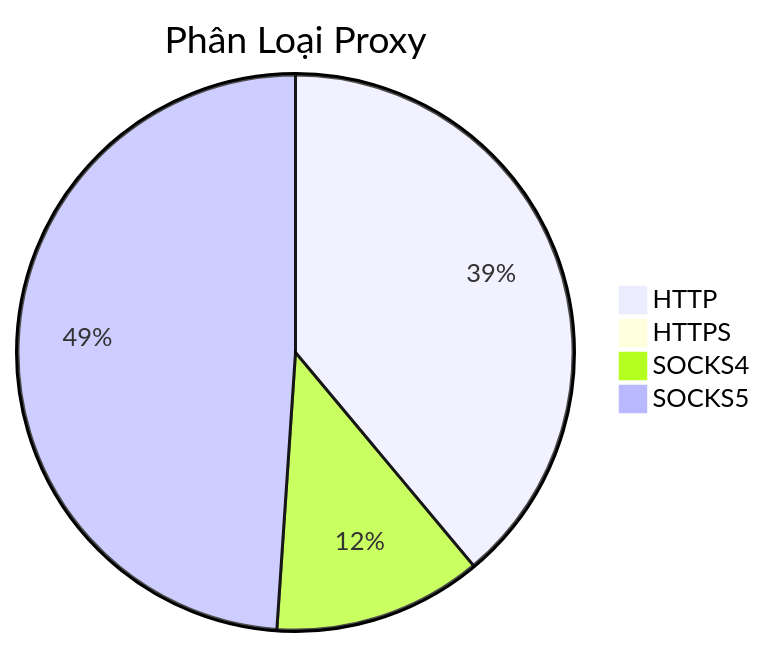
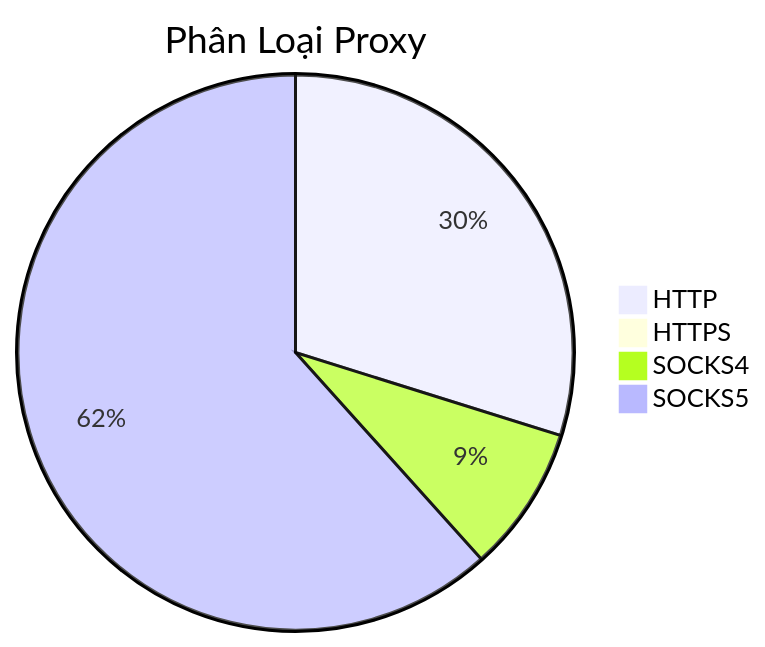
The diagram in README.md (Ciara-Aa/PROXY-free), drawn with Mermaid before and after one commit. The commit also changed other lines of this file and 4 other files, not shown here.

````diff
--- a/README.md
+++ b/README.md
@@ -26,7 +26,7 @@
 ```mermaid
 pie title Phân Loại Proxy
-    "HTTP" : 564
+    "HTTP" : 613
     "HTTPS" : 1
-    "SOCKS4" : 176
-    "SOCKS5" : 709
+    "SOCKS4" : 175
+    "SOCKS5" : 1267
 ```
````
